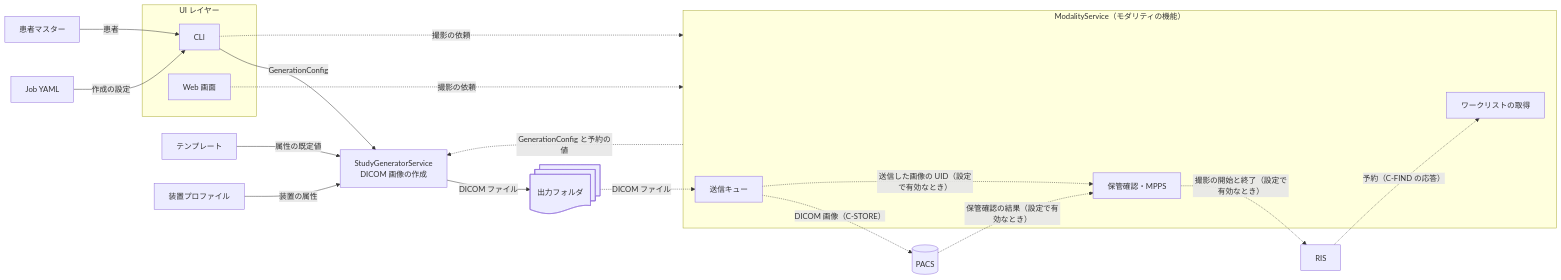
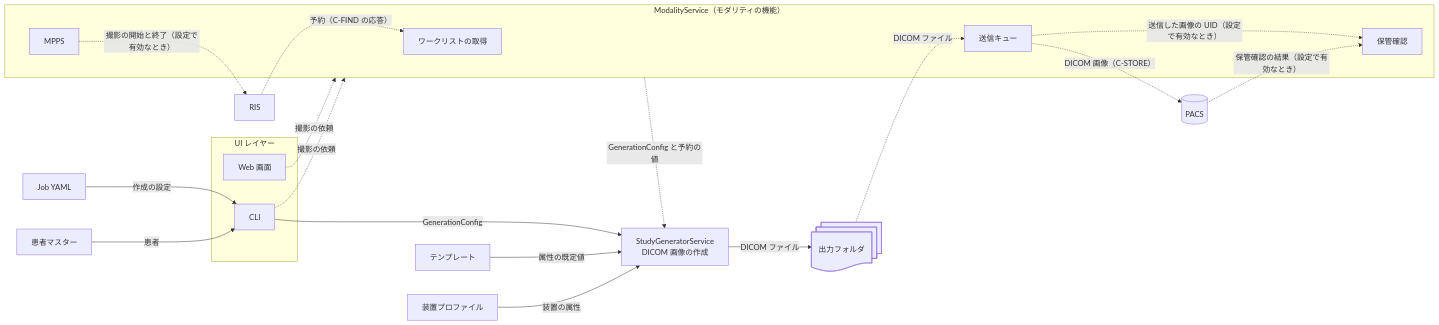
Before and after one commit to jeysunit/dicom-test-generator: the diagram in docs/architecture.md, drawn with Mermaid. The commit also changed other lines of this file, not shown here.

First line of the commit message:
docs(architecture): MPPS と保管確認を分け、実装との食い違いを直す

````diff
--- a/docs/architecture.md
+++ b/docs/architecture.md
@@ -16,36 +17,37 @@
 ```mermaid
 flowchart LR
   JOB["Job YAML"]
   PAT["患者マスター"]
   subgraph UI["UI レイヤー"]
     CLI["CLI"]
     WEB["Web 画面"]
   end
   TPL["テンプレート"]
   PROF["装置プロファイル"]
   GEN["StudyGeneratorService<br/>DICOM 画像の作成"]
   OUT@{ shape: docs, label: "出力フォルダ" }
   subgraph MOD["ModalityService（モダリティの機能）"]
     WL["ワークリストの取得"]
     QUEUE["送信キュー"]
-    SC["保管確認・MPPS"]
+    SC["保管確認"]
+    MPPS["MPPS"]
   end
   RIS["RIS"]
   PACS[("PACS")]
 
   JOB -->|"作成の設定"| CLI
   PAT -->|"患者"| CLI
   CLI -->|"GenerationConfig"| GEN
   TPL -->|"属性の既定値"| GEN
   PROF -->|"装置の属性"| GEN
   GEN -->|"DICOM ファイル"| OUT
   WEB -.->|"撮影の依頼"| MOD
   CLI -.->|"撮影の依頼"| MOD
   RIS -.->|"予約（C-FIND の応答）"| WL
   MOD -.->|"GenerationConfig と予約の値"| GEN
   OUT -.->|"DICOM ファイル"| QUEUE
   QUEUE -.->|"DICOM 画像（C-STORE）"| PACS
   QUEUE -.->|"送信した画像の UID（設定で有効なとき）"| SC
   PACS -.->|"保管確認の結果（設定で有効なとき）"| SC
-  SC -.->|"撮影の開始と終了（設定で有効なとき）"| RIS
+  MPPS -.->|"撮影の開始と終了（設定で有効なとき）"| RIS
 ```
````
